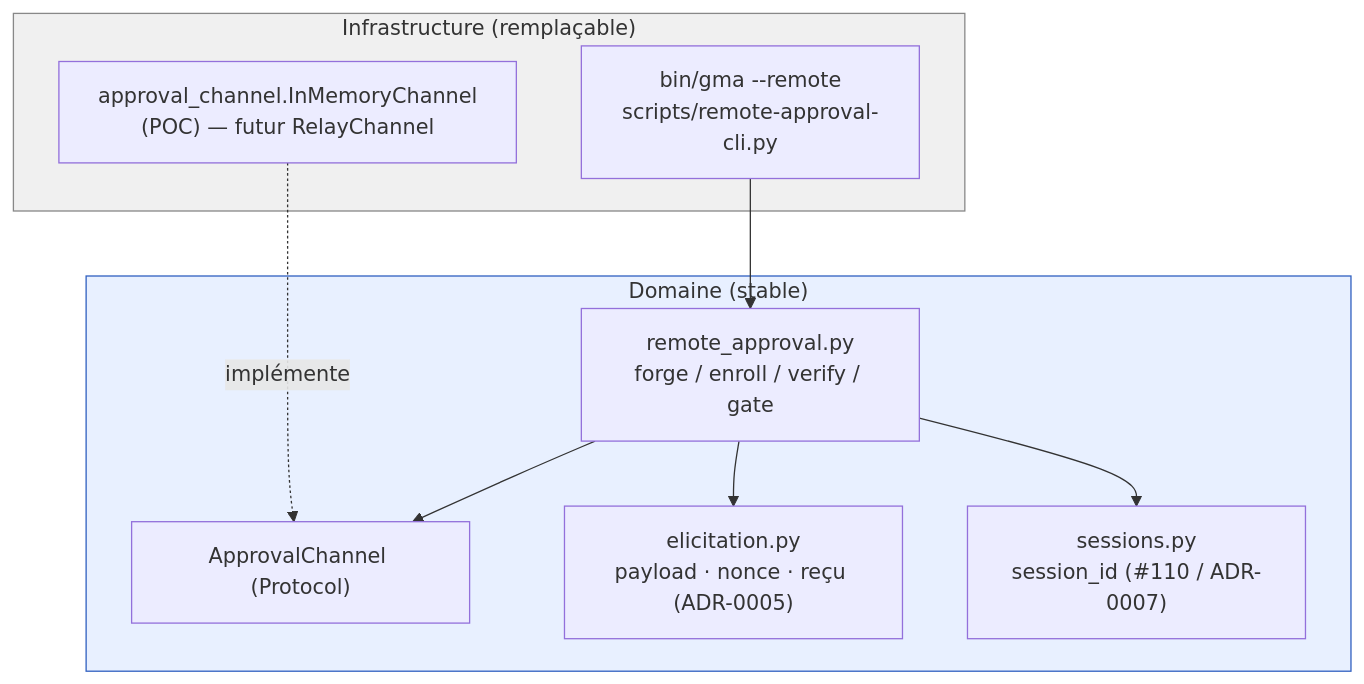
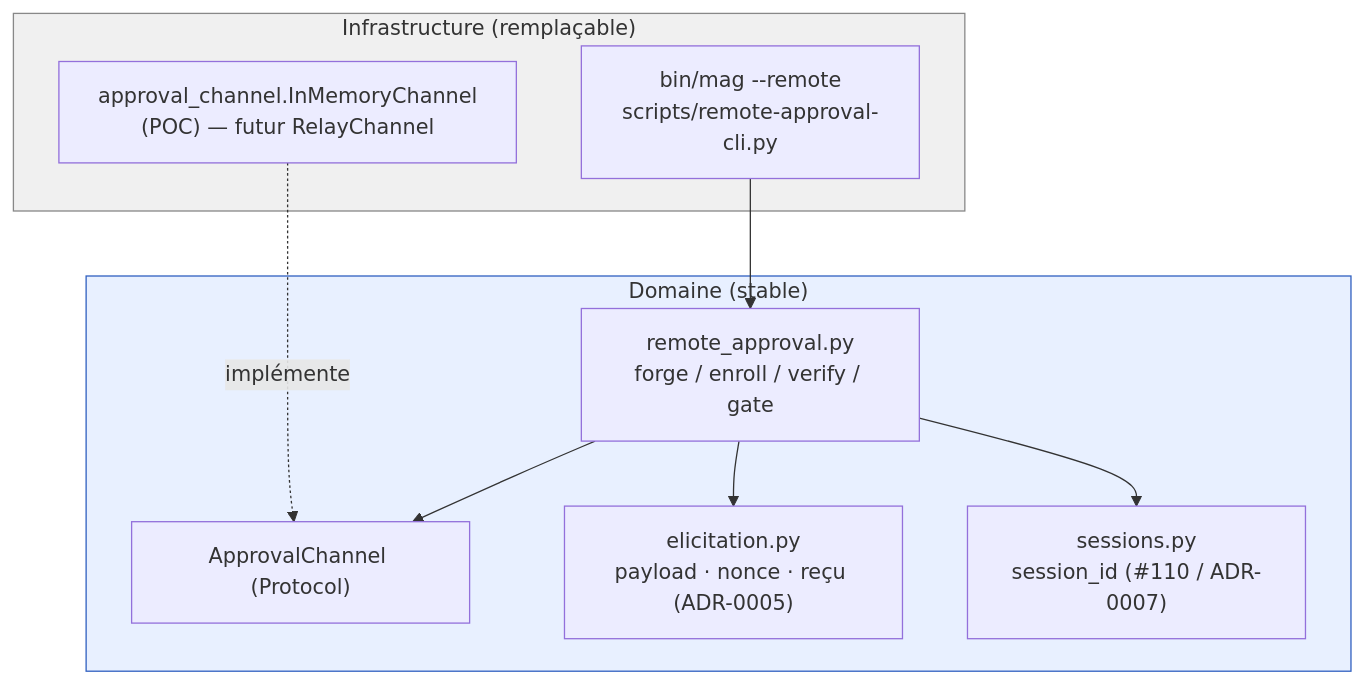
Before and after one commit to elzinko/google-mcp-multi-account: the second of 2 diagrams in docs/adr/ADR-0009-approbation-passkey-distante.md, drawn with Mermaid. The commit also changed other lines of this file and 123 other files, not shown here.

First line of the commit message:
chore(cli): renommer la commande gma → mag (collision oh-my-zsh)

````diff
--- a/docs/adr/ADR-0009-approbation-passkey-distante.md
+++ b/docs/adr/ADR-0009-approbation-passkey-distante.md
@@ -129,21 +129,21 @@
 ```mermaid
 graph TD
     subgraph infra["Infrastructure (remplaçable)"]
-        CLI["bin/gma --remote<br/>scripts/remote-approval-cli.py"]
+        CLI["bin/mag --remote<br/>scripts/remote-approval-cli.py"]
         STUB["approval_channel.InMemoryChannel<br/>(POC) — futur RelayChannel"]
     end
     subgraph domain["Domaine (stable)"]
         RA["remote_approval.py<br/>forge / enroll / verify / gate"]
         CH["ApprovalChannel (Protocol)"]
         EL["elicitation.py<br/>payload · nonce · reçu (ADR-0005)"]
         SE["sessions.py<br/>session_id (#110 / ADR-0007)"]
     end
     CLI --> RA
     RA --> CH
     RA --> EL
     RA --> SE
     STUB -.implémente.-> CH
 
     style domain fill:#e8f0ff,stroke:#3060c0
     style infra fill:#f0f0f0,stroke:#888
 ```
````
